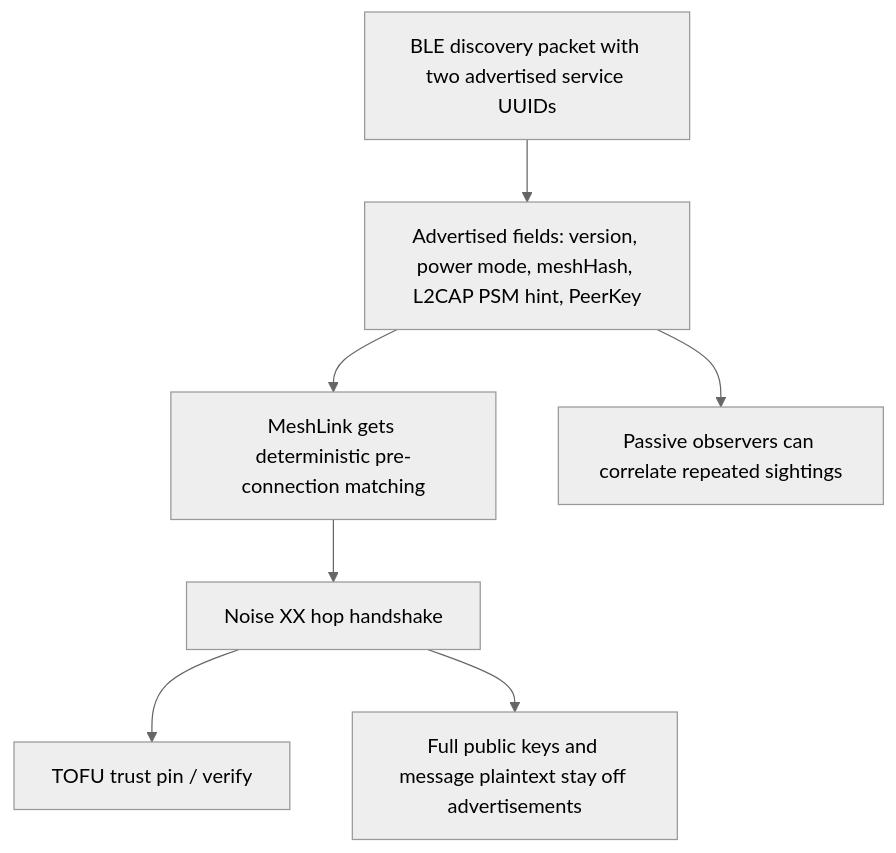
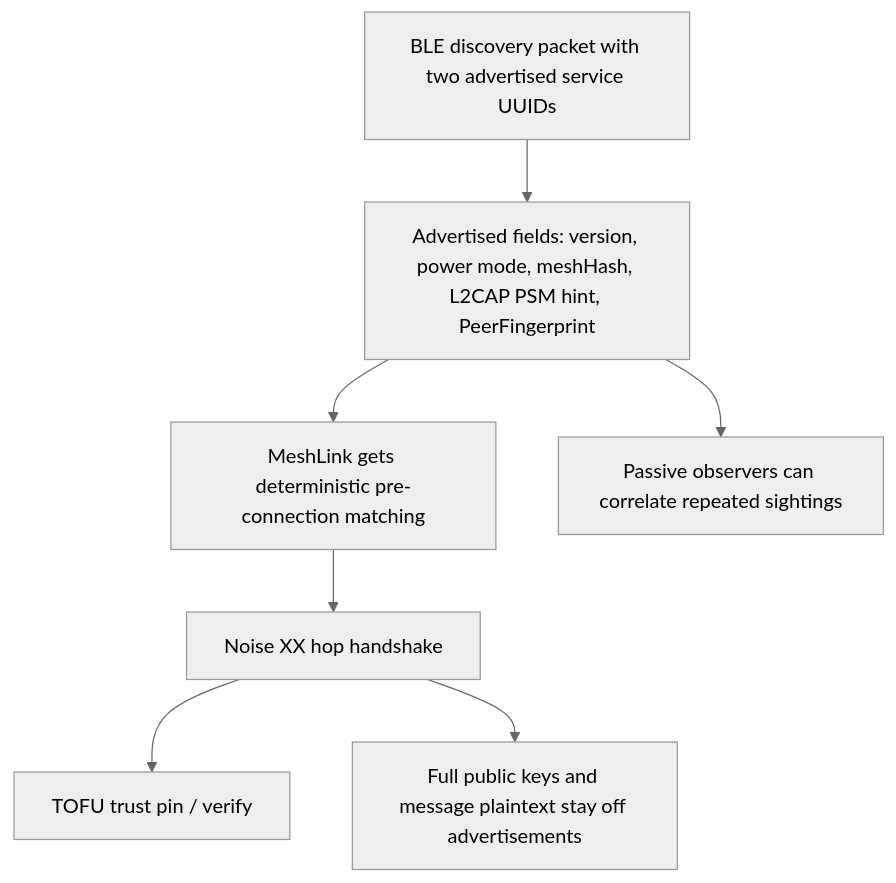
The diagram in docs/explanation/privacy-pseudonyms.md (trancee/MeshLink-template), drawn with Mermaid (neutral theme) before and after one commit. The commit also changed other lines of this file and 12 other files, not shown here.

````diff
--- a/docs/explanation/privacy-pseudonyms.md
+++ b/docs/explanation/privacy-pseudonyms.md
@@ -27,9 +27,9 @@
 ```mermaid
 flowchart TD
-    Advertisement["BLE discovery packet with two advertised service UUIDs"] --> Fields["Advertised fields: version, power mode, meshHash, L2CAP PSM hint, PeerKey"]
+    Advertisement["BLE discovery packet with two advertised service UUIDs"] --> Fields["Advertised fields: version, power mode, meshHash, L2CAP PSM hint, PeerFingerprint"]
     Fields --> Matching["MeshLink gets deterministic pre-connection matching"]
     Fields --> Correlation["Passive observers can correlate repeated sightings"]
     Matching --> Handshake["Noise XX hop handshake"]
     Handshake --> Trust["TOFU trust pin / verify"]
     Handshake --> Protected["Full public keys and message plaintext stay off advertisements"]
 ```
````
